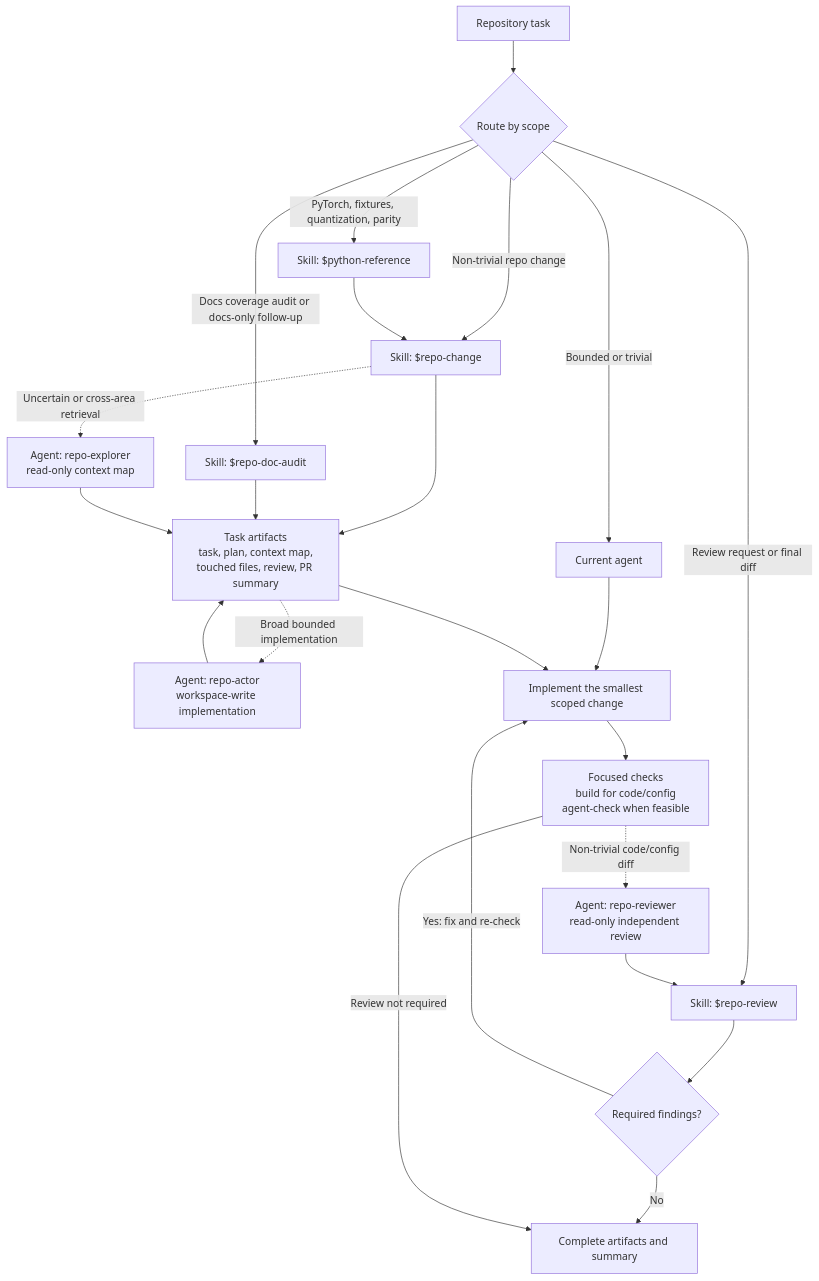
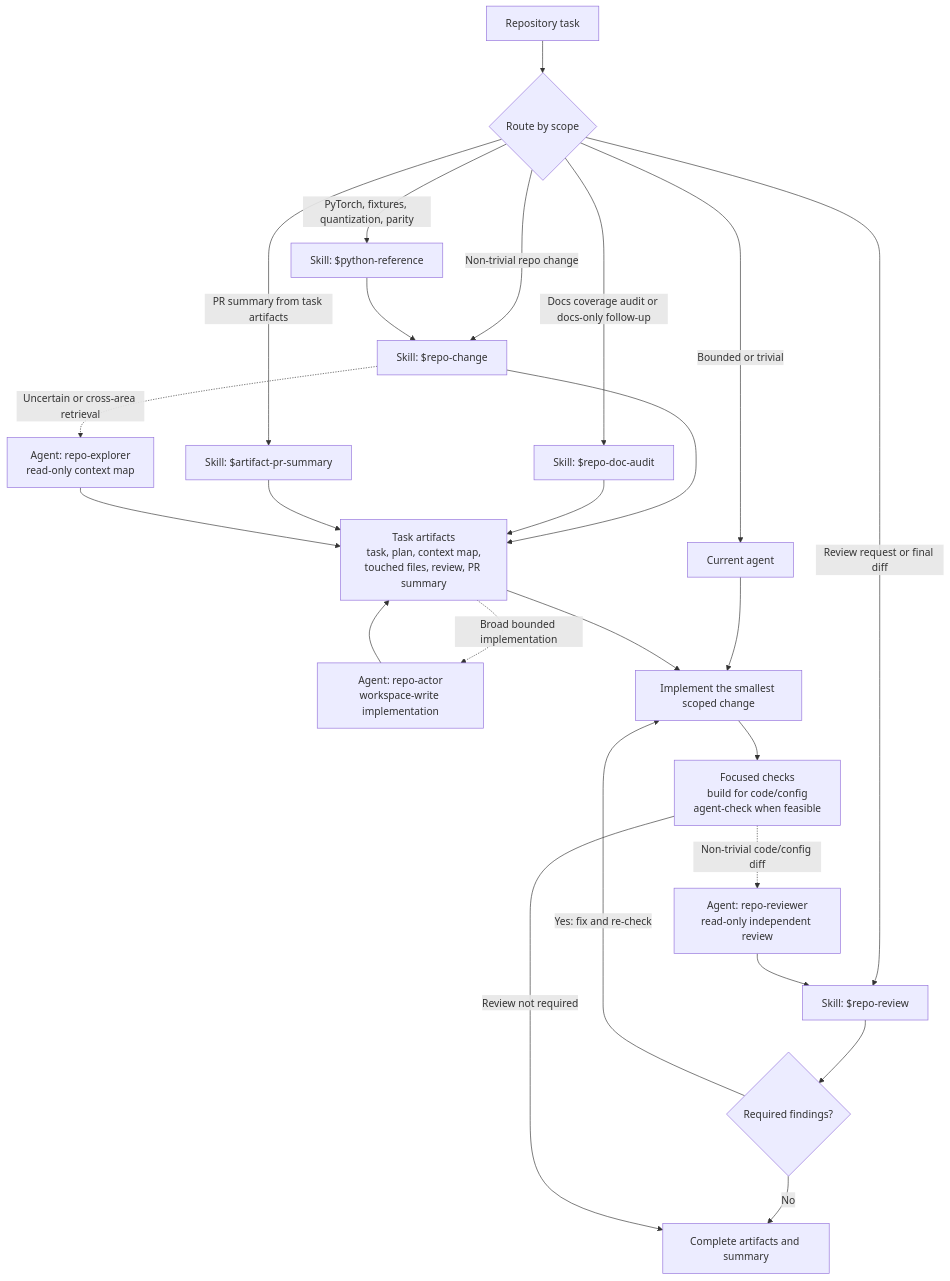
One commit to zioul123/web-style-transfer changed the diagram in README.md. Above: the diagram before and after it, drawn with Mermaid. The commit also changed other lines of this file and 4 other files, not shown here.

Commit message:
feat: pr summary skill

````diff
--- a/README.md
+++ b/README.md
@@ -242,30 +244,32 @@
 ```mermaid
 flowchart TD
     request["Repository task"] --> route{"Route by scope"}
 
     route -->|"Bounded or trivial"| local["Current agent"]
     route -->|"Non-trivial repo change"| change["Skill: $repo-change"]
     route -->|"Docs coverage audit or docs-only follow-up"| docAudit["Skill: $repo-doc-audit"]
+    route -->|"PR summary from task artifacts"| prsummary["Skill: $artifact-pr-summary"]
     route -->|"PyTorch, fixtures, quantization, parity"| python["Skill: $python-reference"]
     route -->|"Review request or final diff"| reviewSkill["Skill: $repo-review"]
 
     change --> artifacts["Task artifacts<br/>task, plan, context map,<br/>touched files, review, PR summary"]
     docAudit --> artifacts
+    prsummary --> artifacts
     python --> change
 
     change -.->|"Uncertain or cross-area retrieval"| explorer["Agent: repo-explorer<br/>read-only context map"]
     explorer --> artifacts
 
     artifacts -.->|"Broad bounded implementation"| actor["Agent: repo-actor<br/>workspace-write implementation"]
     actor --> artifacts
     local --> implement["Implement the smallest scoped change"]
     artifacts --> implement
 
     implement --> checks["Focused checks<br/>build for code/config<br/>agent-check when feasible"]
     checks -.->|"Non-trivial code/config diff"| reviewer["Agent: repo-reviewer<br/>read-only independent review"]
     reviewer --> reviewSkill
     reviewSkill --> findings{"Required findings?"}
     findings -->|"Yes: fix and re-check"| implement
     findings -->|"No"| finish["Complete artifacts and summary"]
     checks -->|"Review not required"| finish
 ```
````
